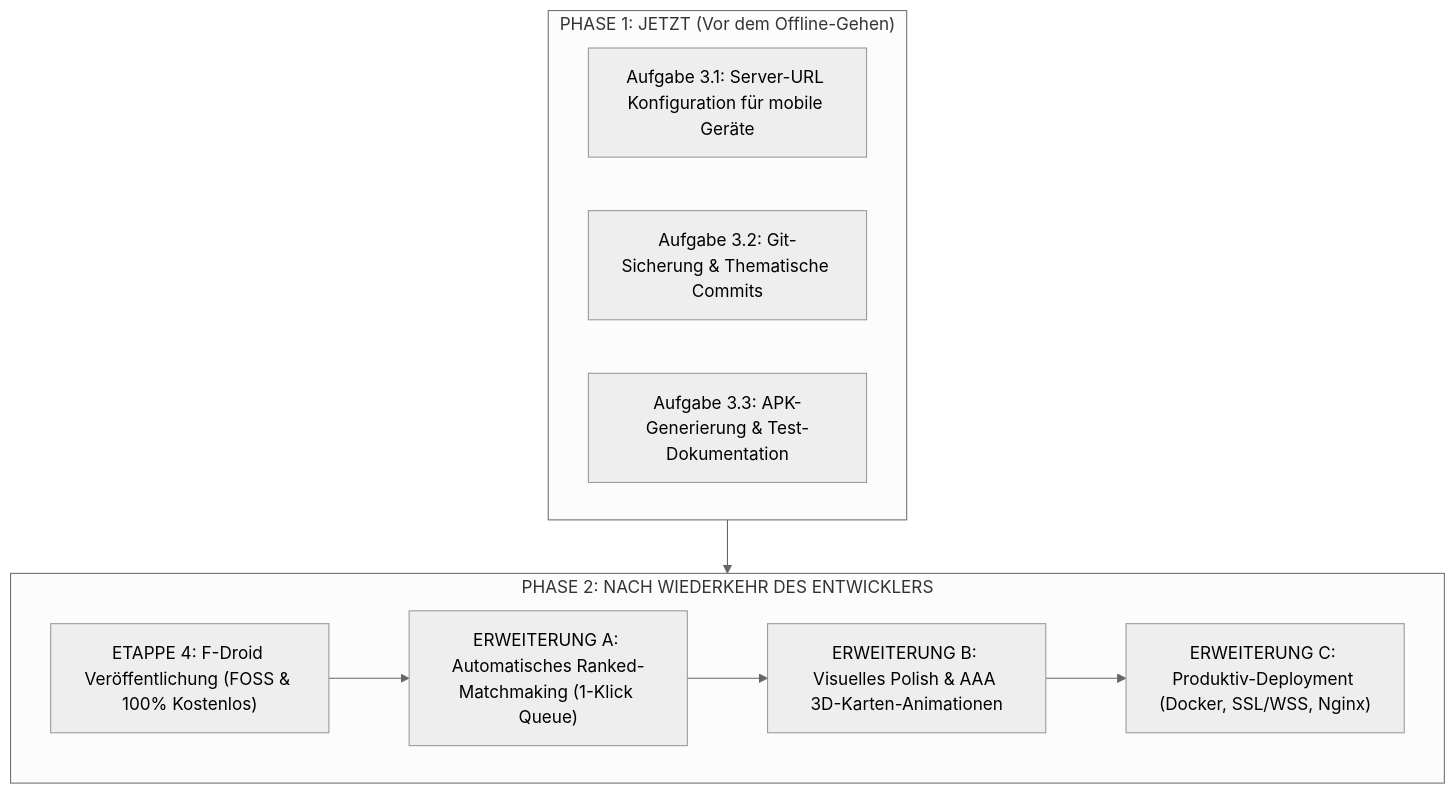
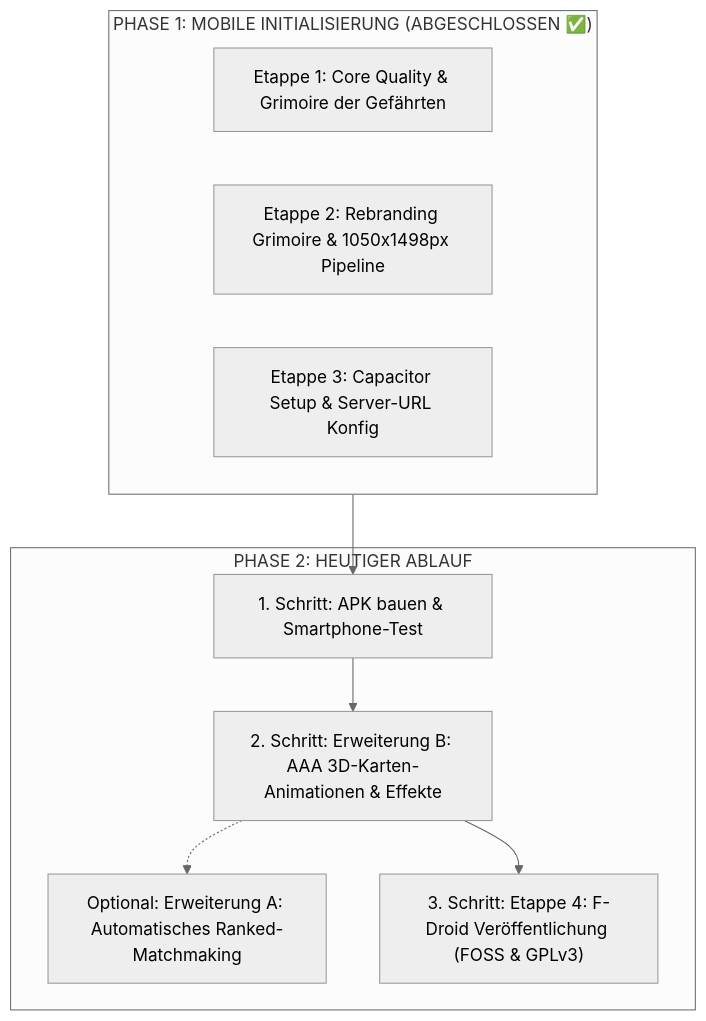
Before and after one commit to Apfeltaeschchen/wizard-game: the diagram in ROADMAP.md, drawn with Mermaid (neutral theme). The commit also changed other lines of this file and 5 other files, not shown here.

````diff
--- a/ROADMAP.md
+++ b/ROADMAP.md
@@ -41,18 +45,18 @@
 ```mermaid
 flowchart TD
-    subgraph P1["PHASE 1: JETZT (Vor dem Offline-Gehen)"]
-        E3_1["Aufgabe 3.1: Server-URL Konfiguration für mobile Geräte"]
-        E3_2["Aufgabe 3.2: Git-Sicherung & Thematische Commits"]
-        E3_3["Aufgabe 3.3: APK-Generierung & Test-Dokumentation"]
+    subgraph P1["PHASE 1: MOBILE INITIALISIERUNG (ABGESCHLOSSEN ✅)"]
+        E3_1["Etappe 1: Core Quality & Grimoire der Gefährten"]
+        E3_2["Etappe 2: Rebranding Grimoire & 1050x1498px Pipeline"]
+        E3_3["Etappe 3: Capacitor Setup & Server-URL Konfig"]
     end
 
-    subgraph P2["PHASE 2: NACH WIEDERKEHR DES ENTWICKLERS"]
-        E4["ETAPPE 4: F-Droid Veröffentlichung (FOSS & 100% Kostenlos)"]
-        OPT3["ERWEITERUNG A: Automatisches Ranked-Matchmaking (1-Klick Queue)"]
-        OPT4["ERWEITERUNG B: Visuelles Polish & AAA 3D-Karten-Animationen"]
-        OPT5["ERWEITERUNG C: Produktiv-Deployment (Docker, SSL/WSS, Nginx)"]
+    subgraph P2["PHASE 2: HEUTIGER ABLAUF"]
+        S1["1. Schritt: APK bauen & Smartphone-Test"]
+        S2["2. Schritt: Erweiterung B: AAA 3D-Karten-Animationen & Effekte"]
+        S2A["Optional: Erweiterung A: Automatisches Ranked-Matchmaking"]
+        S3["3. Schritt: Etappe 4: F-Droid Veröffentlichung (FOSS & GPLv3)"]
     end
 
-    P1 --> P2
-    E4 --> OPT3 --> OPT4 --> OPT5
+    P1 --> S1 --> S2 --> S3
+    S2 -.-> S2A
 ```
````
